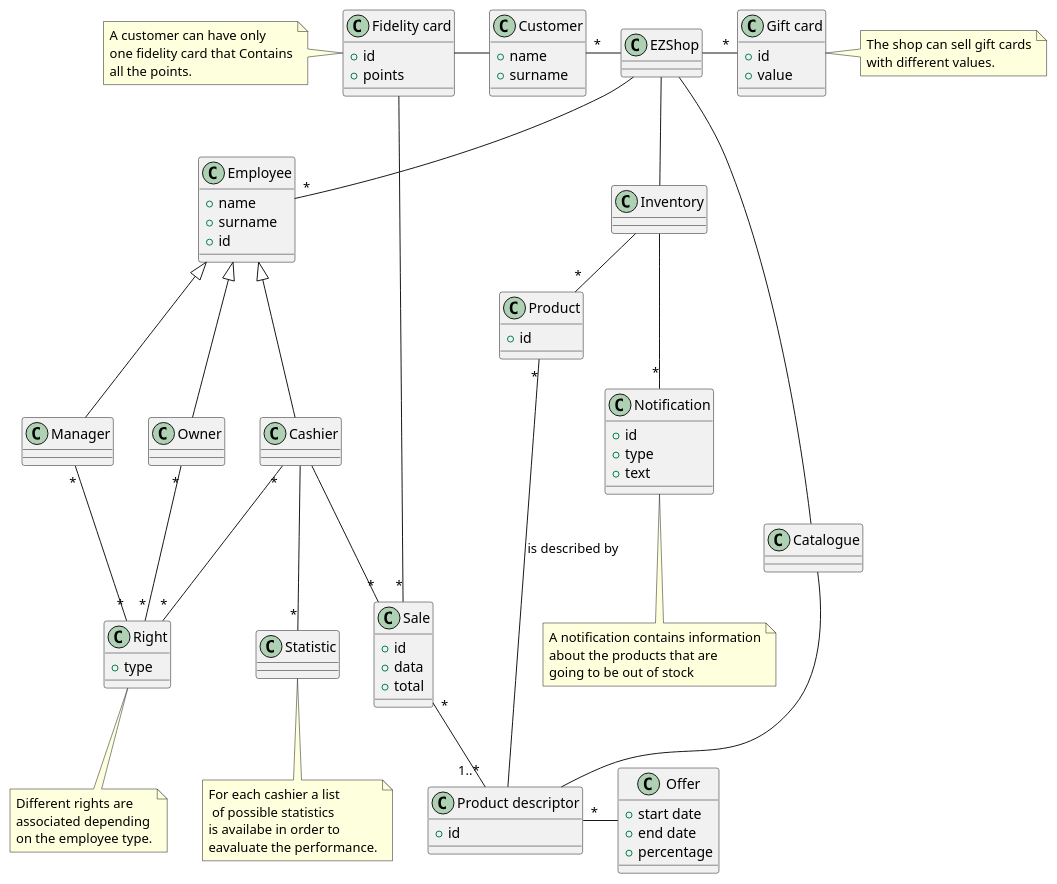
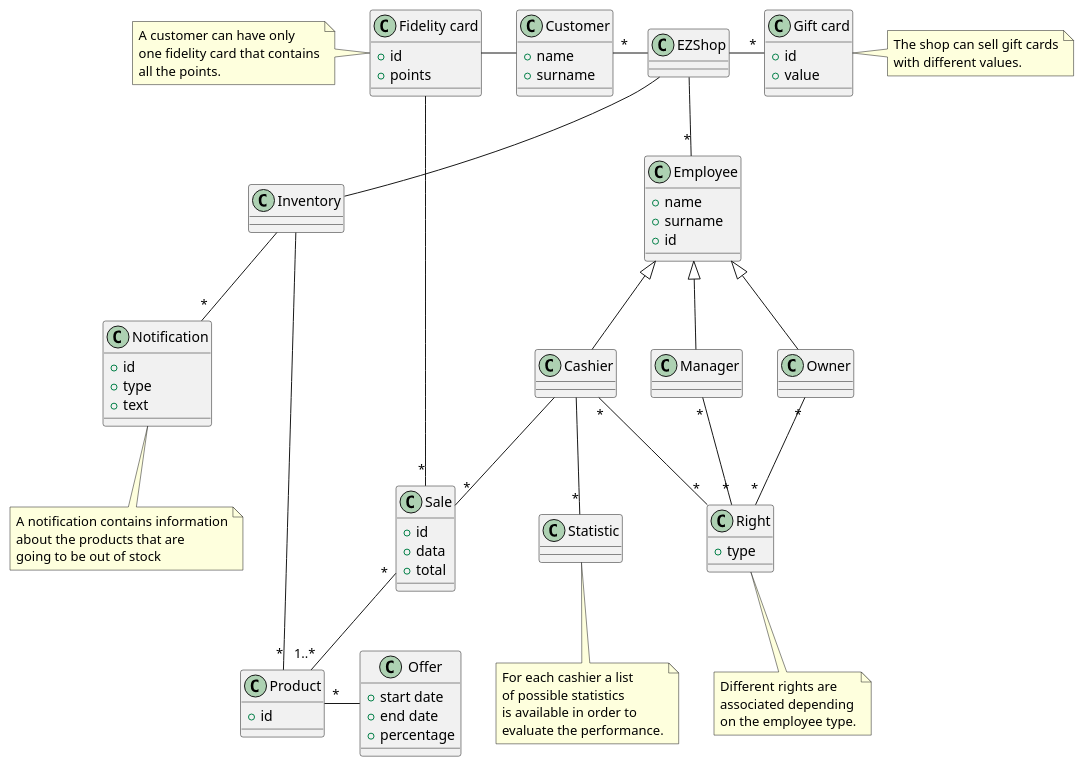
Before and after one commit to MatteoBattilana/EzShop: the third of 5 diagrams in Deliverables/RequirementsDocument.md, drawn with PlantUML. The commit also changed other lines of this file, not shown here.

Commit message:
docs: added system design

````diff
--- a/Deliverables/RequirementsDocument.md
+++ b/Deliverables/RequirementsDocument.md
@@ -411,82 +411,74 @@
 ```plantuml
 @startuml
 class Employee {
 	+ name
 	+ surname
 	+ id
 }
 class Right {
 	+ type
-}
-class "Product descriptor" {
-	+ id
 }
 class Offer {
 	+ start date
 	+ end date
 	+ percentage
 }
 class "Product" {
 	+ id
 }
 class Notification {
 	+ id
 	+ type
 	+ text
 }
 class "Gift card" {
 	+ id
 	+ value
 }
 
 class Customer {
 	+ name
 	+ surname
 }
 
 class "Fidelity card" {
 	+ id
 	+ points
 }
 
 class Sale {
 	+ id
 	+ data
 	+ total
 }
 
 EZShop -- "*" Employee
 Cashier -up-|> Employee
 Manager -up-|> Employee
 Owner -up-|> Employee
 Cashier "*"-- "*" Right
 Manager "*"-- "*" Right
 Owner "*" -- "*" Right
 Cashier -down- "*" Statistic
 EZShop -right- "*" "Gift card"
 
 EZShop -- Inventory
-EZShop -- Catalogue
 Inventory -- "*" Notification
-
 Inventory -right- "*" Product
-Product "*" -right- "Product descriptor" : is described by
-Catalogue -down- "Product descriptor"
-
-"Product descriptor" "*" -right- Offer
+Product "*" -right- Offer
 
 EZShop -left- "*" Customer
 Customer -left- "Fidelity card"
 
 Cashier -- "*" Sale
-Sale "*" -- "1..*" "Product descriptor"
+Sale "*" -- "1..*" Product
 "Fidelity card" -- "*" Sale
 
-note left of "Fidelity card" : A customer can have only\none fidelity card that Contains\nall the points.
+note left of "Fidelity card" : A customer can have only\none fidelity card that contains\nall the points.
 note right of "Gift card" : The shop can sell gift cards\nwith different values.
 note bottom of Notification : A notification contains information\nabout the products that are\ngoing to be out of stock
 note bottom of Right : Different rights are\nassociated depending\non the employee type.
-note bottom of Statistic : For each cashier a list\n of possible statistics\nis availabe in order to\neavaluate the performance.
+note bottom of Statistic : For each cashier a list\nof possible statistics\nis available in order to\nevaluate the performance.
 
 @enduml
 ```
````
